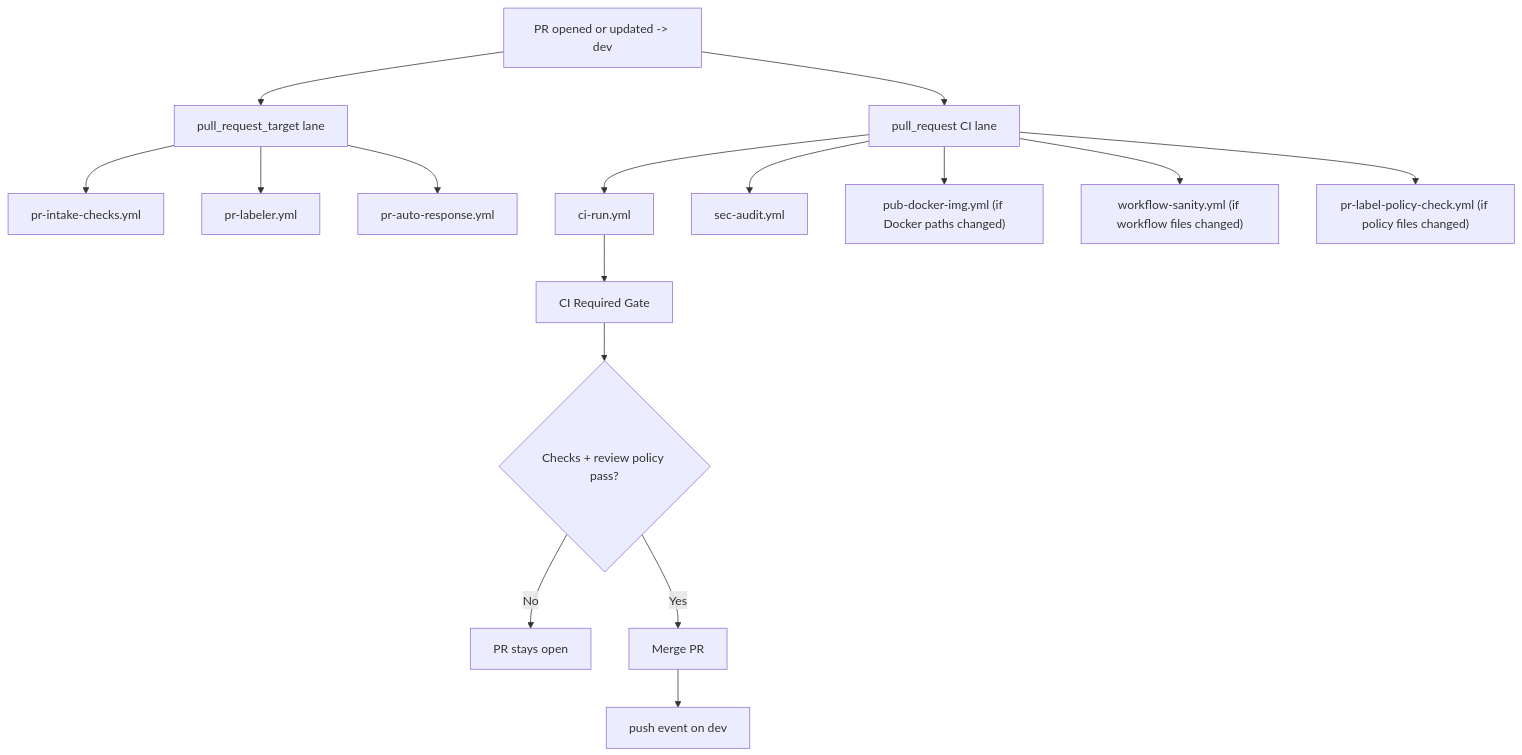
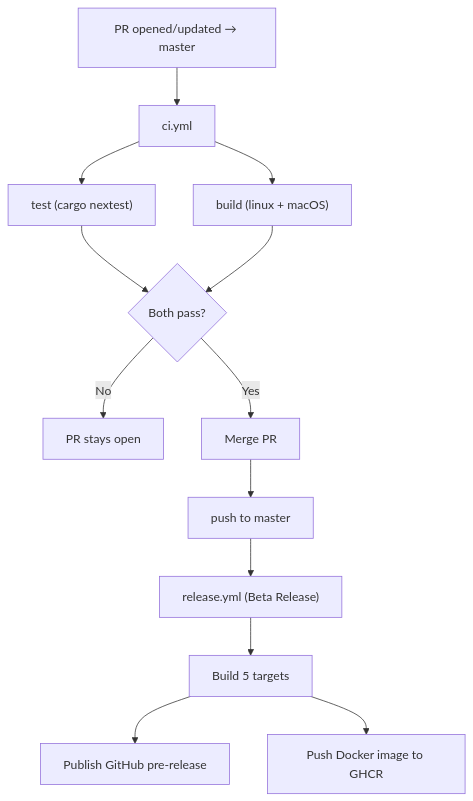
One commit to jameslcowan/zeroclaw changed the first of 2 diagrams in .github/workflows/main-branch-flow.md. Above: the diagram before and after it, drawn with Mermaid. The commit also changed other lines of this file and 14 other files, not shown here.

````diff
--- a/.github/workflows/main-branch-flow.md
+++ b/.github/workflows/main-branch-flow.md
@@ -195,18 +52,15 @@
 ```mermaid
 flowchart TD
-  A["PR opened or updated -> dev"] --> B["pull_request_target lane"]
-  B --> B1["pr-intake-checks.yml"]
-  B --> B2["pr-labeler.yml"]
-  B --> B3["pr-auto-response.yml"]
-  A --> C["pull_request CI lane"]
-  C --> C1["ci-run.yml"]
-  C --> C2["sec-audit.yml"]
-  C --> C3["pub-docker-img.yml (if Docker paths changed)"]
-  C --> C4["workflow-sanity.yml (if workflow files changed)"]
-  C --> C5["pr-label-policy-check.yml (if policy files changed)"]
-  C1 --> D["CI Required Gate"]
-  D --> E{"Checks + review policy pass?"}
-  E -->|No| F["PR stays open"]
-  E -->|Yes| G["Merge PR"]
-  G --> H["push event on dev"]
+  A["PR opened/updated → master"] --> B["ci.yml"]
+  B --> B1["test (cargo nextest)"]
+  B --> B2["build (linux + macOS)"]
+  B1 --> C{"Both pass?"}
+  B2 --> C
+  C -->|No| D["PR stays open"]
+  C -->|Yes| E["Merge PR"]
+  E --> F["push to master"]
+  F --> G["release.yml (Beta Release)"]
+  G --> G1["Build 5 targets"]
+  G1 --> G2["Publish GitHub pre-release"]
+  G1 --> G3["Push Docker image to GHCR"]
 ```
````
